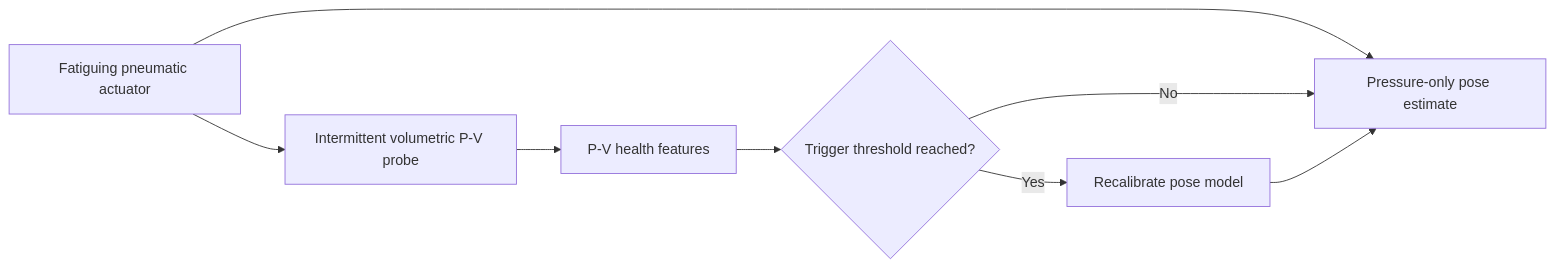
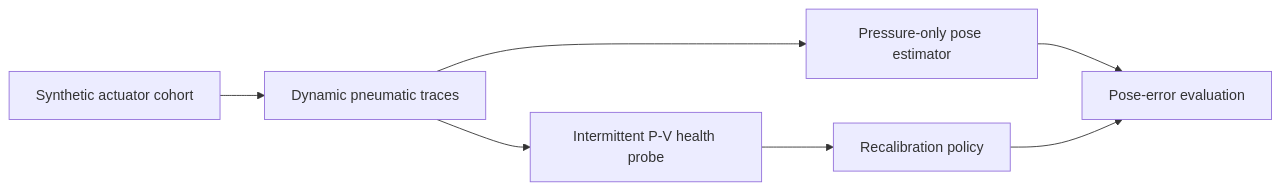
Before and after one commit to 500ft/P-V-Fatigue-Manifold-Proprioception: the diagram in README.md, drawn with Mermaid. The commit also changed other lines of this file and 3 other files, not shown here.

Commit message:
docs: separate results and figure provenance

````diff
--- a/README.md
+++ b/README.md
@@ -34,10 +32,9 @@
 ```mermaid
 flowchart LR
-    A[Fatiguing pneumatic actuator] --> B[Pressure-only pose estimate]
-    A --> C[Intermittent volumetric P-V probe]
-    C --> D[P-V health features]
-    D --> E{Trigger threshold reached?}
-    E -- No --> B
-    E -- Yes --> F[Recalibrate pose model]
-    F --> B
+    A[Synthetic actuator cohort] --> B[Dynamic pneumatic traces]
+    B --> C[Pressure-only pose estimator]
+    B --> D[Intermittent P-V health probe]
+    D --> E[Recalibration policy]
+    C --> F[Pose-error evaluation]
+    E --> F
 ```
````
